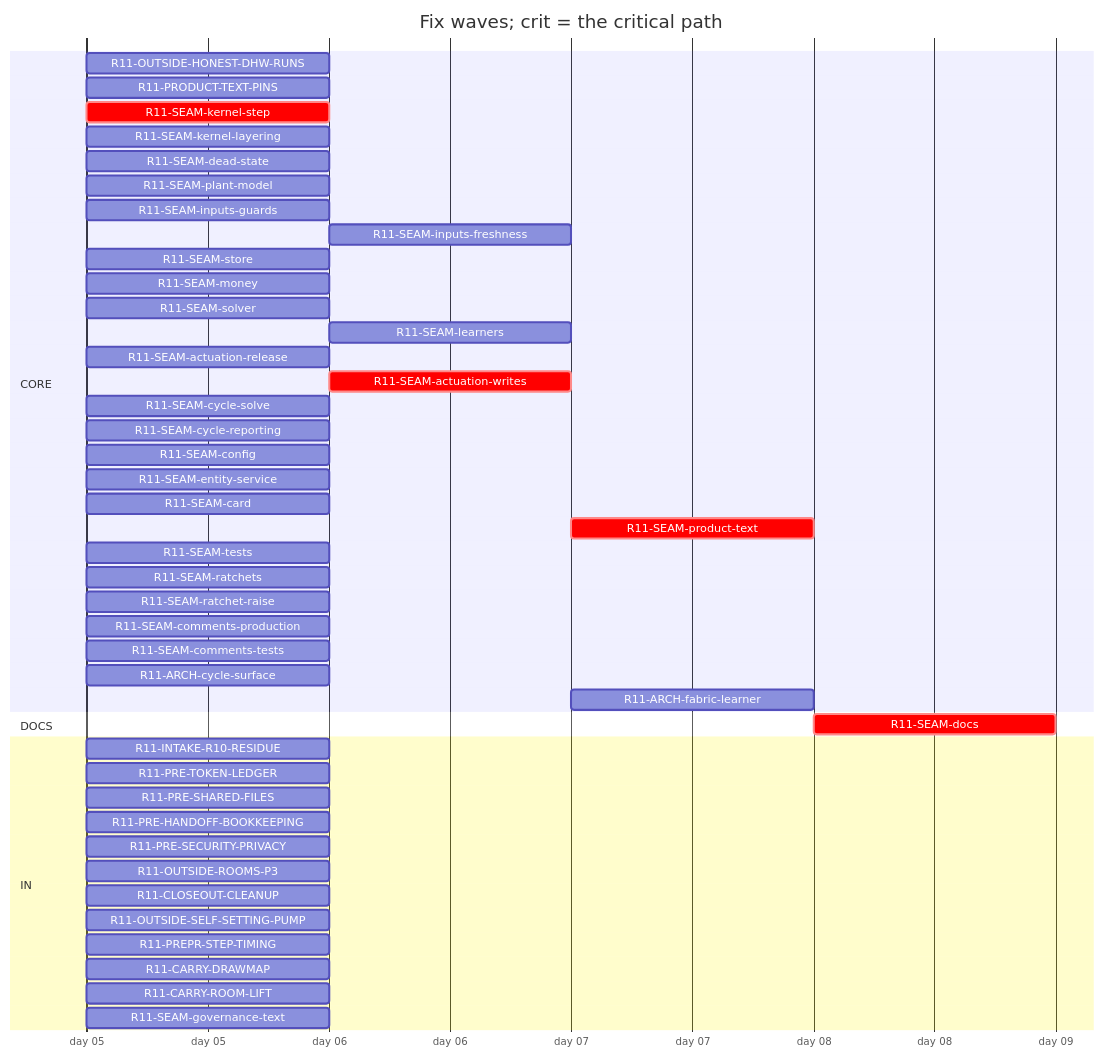
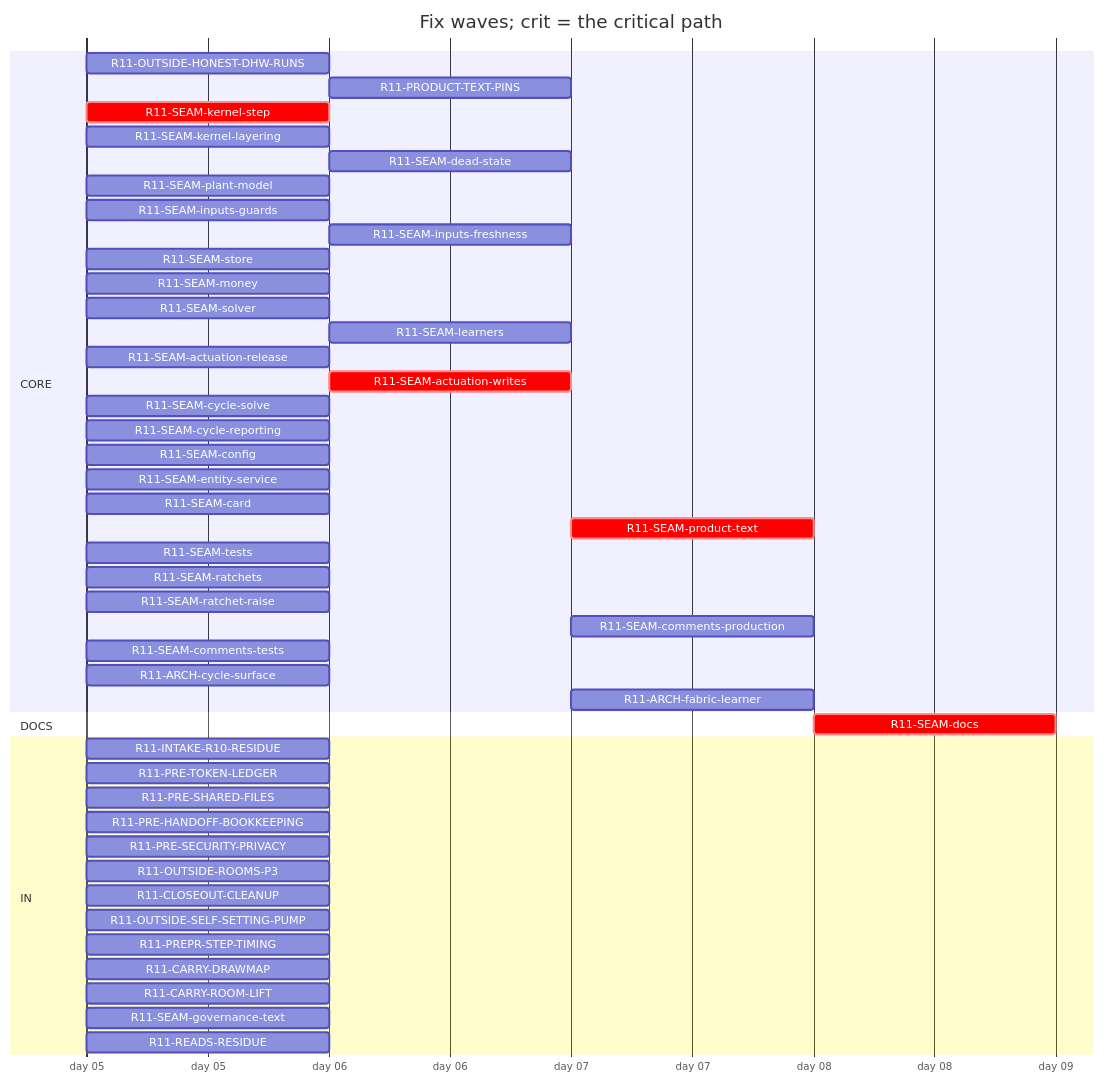
The diagram in handoff/round11/state/PLAN-TABLE.md (tvofi/heatpump_optimizer), drawn with Mermaid before and after one commit. The commit also changed other lines of this file and 4 other files, not shown here.

Commit message:
state: FLOW-BOARD.md, NEXT-SESSION-PROMPT.md, PLAN-TABLE.md, PLAN.html, RESUME-CURRENT.md regenerated (state_docs.py)

````diff
--- a/handoff/round11/state/PLAN-TABLE.md
+++ b/handoff/round11/state/PLAN-TABLE.md
@@ -16,49 +16,50 @@
 ```mermaid
 gantt
   title Fix waves; crit = the critical path
   dateFormat YYYY-MM-DD
   axisFormat day %d
   section CORE
     R11-OUTSIDE-HONEST-DHW-RUNS :r11OUTSIDEHONESTDHWRUNS, 2026-01-05, 1d
-    R11-PRODUCT-TEXT-PINS :r11PRODUCTTEXTPINS, 2026-01-05, 1d
+    R11-PRODUCT-TEXT-PINS :r11PRODUCTTEXTPINS, after r11READSRESIDUE, 1d
     R11-SEAM-kernel-step :crit, r11SEAMkernelstep, 2026-01-05, 1d
     R11-SEAM-kernel-layering :r11SEAMkernellayering, 2026-01-05, 1d
-    R11-SEAM-dead-state :r11SEAMdeadstate, 2026-01-05, 1d
+    R11-SEAM-dead-state :r11SEAMdeadstate, after r11SEAMstore, 1d
     R11-SEAM-plant-model :r11SEAMplantmodel, 2026-01-05, 1d
     R11-SEAM-inputs-guards :r11SEAMinputsguards, 2026-01-05, 1d
     R11-SEAM-inputs-freshness :r11SEAMinputsfreshness, after r11SEAMkernelstep, 1d
     R11-SEAM-store :r11SEAMstore, 2026-01-05, 1d
     R11-SEAM-money :r11SEAMmoney, 2026-01-05, 1d
     R11-SEAM-solver :r11SEAMsolver, 2026-01-05, 1d
     R11-SEAM-learners :r11SEAMlearners, after r11SEAMplantmodel, 1d
     R11-SEAM-actuation-release :r11SEAMactuationrelease, 2026-01-05, 1d
     R11-SEAM-actuation-writes :crit, r11SEAMactuationwrites, after r11SEAMkernelstep r11SEAMactuationrelease, 1d
     R11-SEAM-cycle-solve :r11SEAMcyclesolve, 2026-01-05, 1d
     R11-SEAM-cycle-reporting :r11SEAMcyclereporting, 2026-01-05, 1d
     R11-SEAM-config :r11SEAMconfig, 2026-01-05, 1d
     R11-SEAM-entity-service :r11SEAMentityservice, 2026-01-05, 1d
     R11-SEAM-card :r11SEAMcard, 2026-01-05, 1d
     R11-SEAM-product-text :crit, r11SEAMproducttext, after r11SEAMplantmodel r11SEAMmoney r11SEAMactuationrelease r11SEAMactuationwrites r11SEAMconfig r11SEAMentityservice r11SEAMinputsguards r11SEAMinputsfreshness r11SEAMcyclesolve r11SEAMcyclereporting, 1d
     R11-SEAM-tests :r11SEAMtests, 2026-01-05, 1d
     R11-SEAM-ratchets :r11SEAMratchets, 2026-01-05, 1d
     R11-SEAM-ratchet-raise :r11SEAMratchetraise, 2026-01-05, 1d
-    R11-SEAM-comments-production :r11SEAMcommentsproduction, 2026-01-05, 1d
+    R11-SEAM-comments-production :r11SEAMcommentsproduction, after r11SEAMplantmodel r11SEAMmoney r11SEAMactuationrelease r11SEAMactuationwrites r11SEAMconfig r11SEAMentityservice r11SEAMinputsguards r11SEAMinputsfreshness r11SEAMcyclesolve r11SEAMcyclereporting, 1d
     R11-SEAM-comments-tests :r11SEAMcommentstests, 2026-01-05, 1d
     R11-ARCH-cycle-surface :r11ARCHcyclesurface, 2026-01-05, 1d
     R11-ARCH-fabric-learner :r11ARCHfabriclearner, after r11SEAMlearners, 1d
   section DOCS
     R11-SEAM-docs :crit, r11SEAMdocs, after r11SEAMplantmodel r11SEAMmoney r11SEAMlearners r11SEAMactuationrelease r11SEAMactuationwrites r11SEAMconfig r11SEAMentityservice r11SEAMinputsguards r11SEAMinputsfreshness r11SEAMcyclesolve r11SEAMcyclereporting r11SEAMcard r11SEAMproducttext, 1d
   section IN
     R11-INTAKE-R10-RESIDUE :r11INTAKER10RESIDUE, 2026-01-05, 1d
     R11-PRE-TOKEN-LEDGER :r11PRETOKENLEDGER, 2026-01-05, 1d
     R11-PRE-SHARED-FILES :r11PRESHAREDFILES, 2026-01-05, 1d
     R11-PRE-HANDOFF-BOOKKEEPING :r11PREHANDOFFBOOKKEEPING, 2026-01-05, 1d
     R11-PRE-SECURITY-PRIVACY :r11PRESECURITYPRIVACY, 2026-01-05, 1d
     R11-OUTSIDE-ROOMS-P3 :r11OUTSIDEROOMSP3, 2026-01-05, 1d
     R11-CLOSEOUT-CLEANUP :r11CLOSEOUTCLEANUP, 2026-01-05, 1d
     R11-OUTSIDE-SELF-SETTING-PUMP :r11OUTSIDESELFSETTINGPUMP, 2026-01-05, 1d
     R11-PREPR-STEP-TIMING :r11PREPRSTEPTIMING, 2026-01-05, 1d
     R11-CARRY-DRAWMAP :r11CARRYDRAWMAP, 2026-01-05, 1d
     R11-CARRY-ROOM-LIFT :r11CARRYROOMLIFT, 2026-01-05, 1d
     R11-SEAM-governance-text :r11SEAMgovernancetext, 2026-01-05, 1d
+    R11-READS-RESIDUE :r11READSRESIDUE, 2026-01-05, 1d
 ```
````
